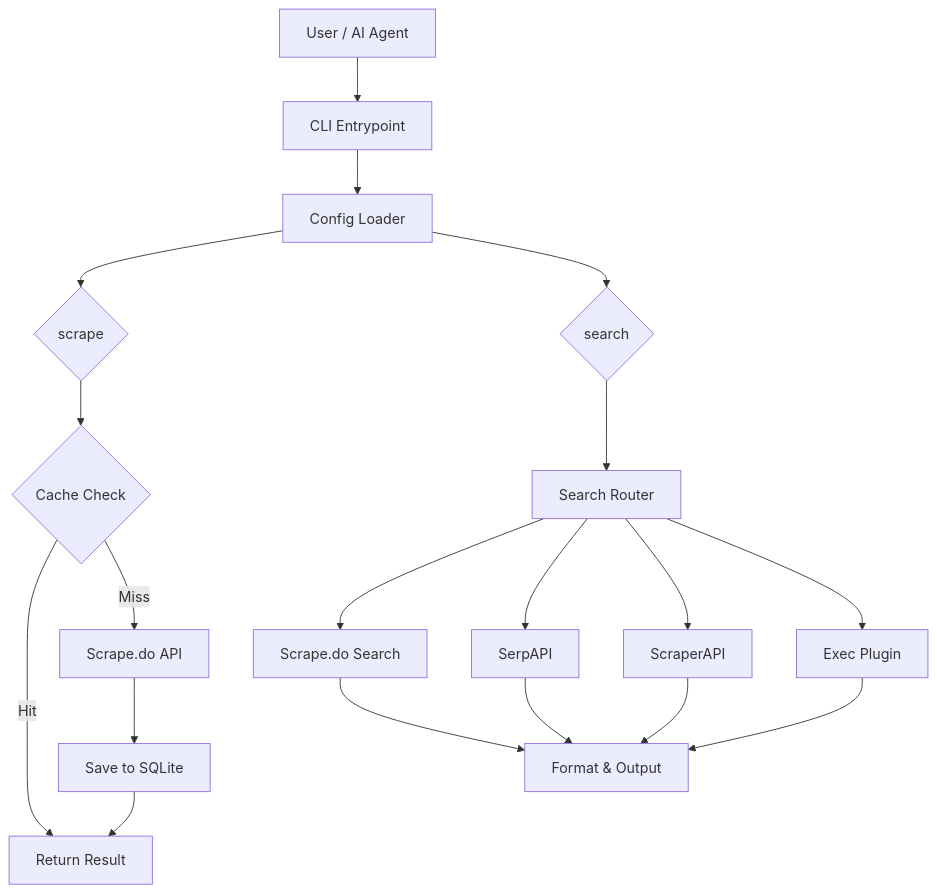
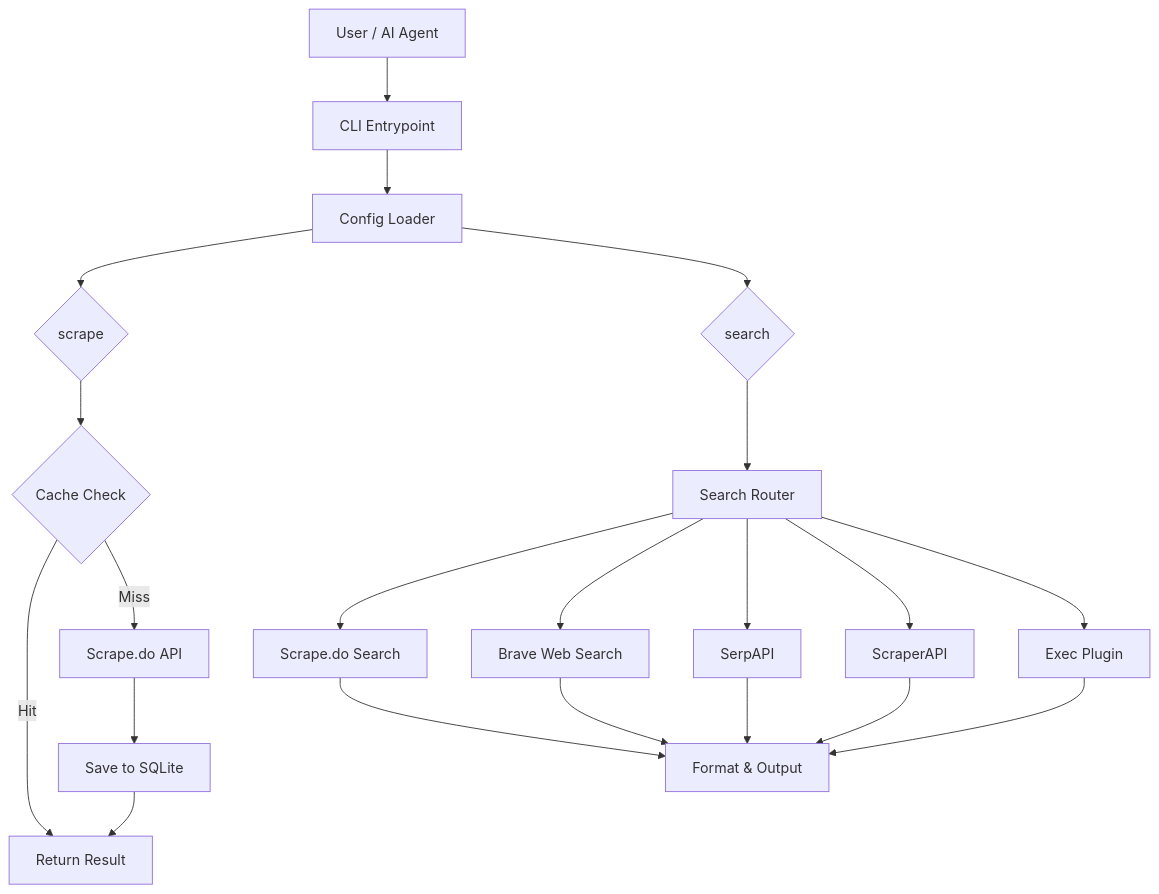
One commit to ioplane/scrapedoctl changed the first of 3 diagrams in docs/en/04-architecture.md. Above: the diagram before and after it, drawn with Mermaid. The commit also changed other lines of this file and 14 other files, not shown here.

Commit message:
feat: add Brave search provider

````diff
--- a/docs/en/04-architecture.md
+++ b/docs/en/04-architecture.md
@@ -9,21 +9,23 @@
 ```mermaid
 graph TD
     User[User / AI Agent] --> CLI[CLI Entrypoint]
     CLI --> Config[Config Loader]
     Config --> Scrape{scrape}
     Config --> Search{search}
     Scrape --> Cache{Cache Check}
     Cache -- Hit --> Result[Return Result]
     Cache -- Miss --> API[Scrape.do API]
     API --> Save[Save to SQLite]
     Save --> Result
     Search --> Router[Search Router]
     Router --> ScrapeDoSearch[Scrape.do Search]
+    Router --> BraveSearch[Brave Web Search]
     Router --> SerpAPI[SerpAPI]
     Router --> ScraperAPI[ScraperAPI]
     Router --> ExecPlugin[Exec Plugin]
     ScrapeDoSearch --> SearchResult[Format & Output]
+    BraveSearch --> SearchResult
     SerpAPI --> SearchResult
     ScraperAPI --> SearchResult
     ExecPlugin --> SearchResult
 ```
````
